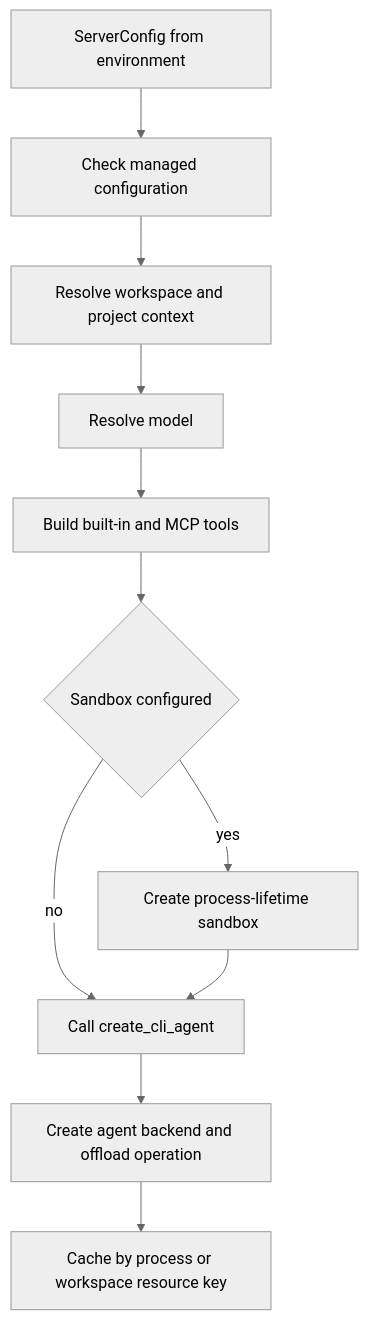
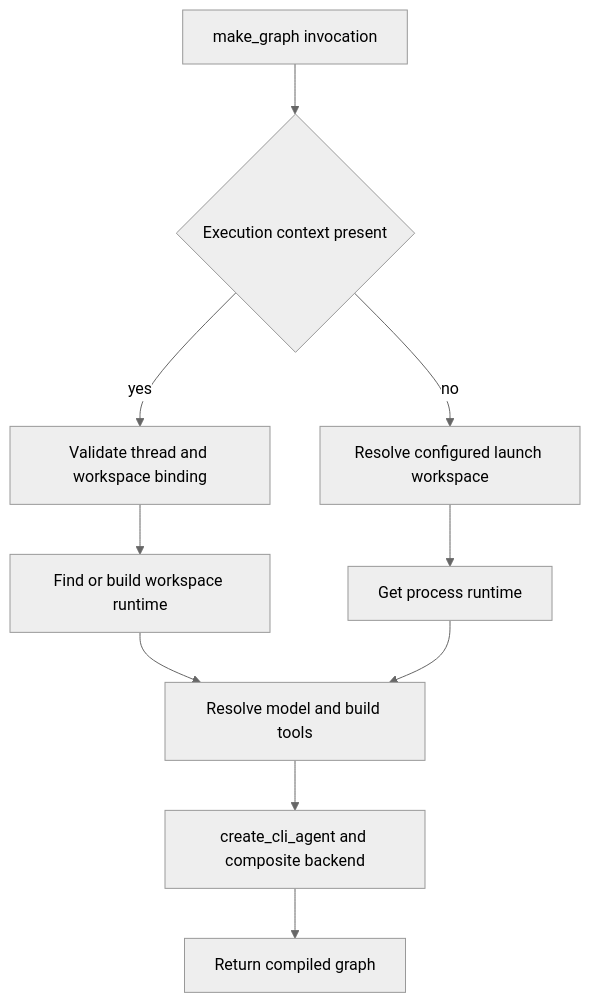
Before and after one commit to langchain-ai/deepagents: the second of 3 diagrams in openwiki/architecture/code-agent.md, drawn with Mermaid (neutral theme). The commit also changed other lines of this file and 63 other files, not shown here.

````diff
--- a/openwiki/architecture/code-agent.md
+++ b/openwiki/architecture/code-agent.md
@@ -94,13 +100,12 @@
 ```mermaid
 flowchart TD
-    Input["ServerConfig from environment"] --> Policy["Check managed configuration"]
-    Policy --> Context["Resolve workspace and project context"]
-    Context --> Model["Resolve model"]
-    Model --> Tools["Build built-in and MCP tools"]
-    Tools --> Sandbox{"Sandbox configured"}
-    Sandbox -->|yes| CreateSandbox["Create process-lifetime sandbox"]
-    Sandbox -->|no| Assemble["Call create_cli_agent"]
-    CreateSandbox --> Assemble
-    Assemble --> Runtime["Create agent backend and offload operation"]
-    Runtime --> Cache["Cache by process or workspace resource key"]
+    Invoke["make_graph invocation"] --> HasContext{"Execution context present"}
+    HasContext -->|yes| Validate["Validate thread and workspace binding"]
+    Validate --> BoundCache["Find or build workspace runtime"]
+    HasContext -->|no| Default["Resolve configured launch workspace"]
+    Default --> DefaultCache["Get process runtime"]
+    BoundCache --> Build["Resolve model and build tools"]
+    DefaultCache --> Build
+    Build --> Agent["create_cli_agent and composite backend"]
+    Agent --> Serve["Return compiled graph"]
 ```
````
